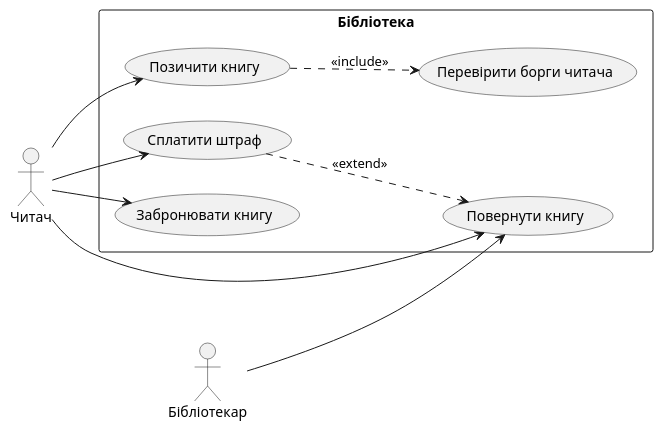
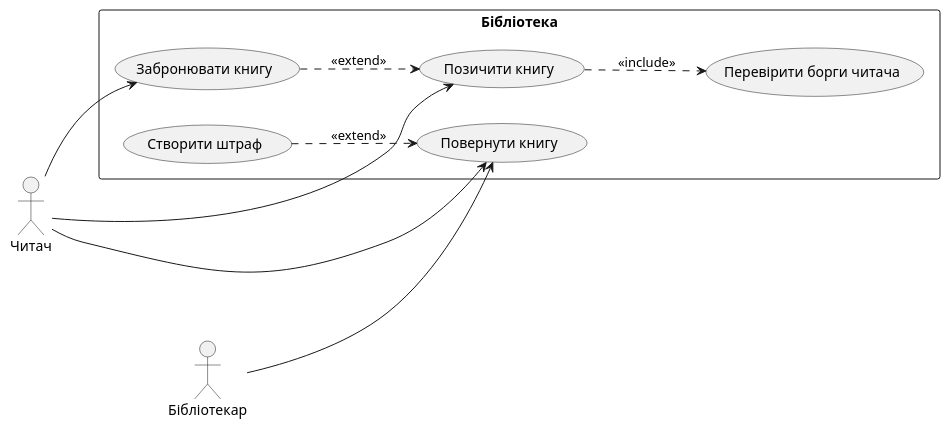
One commit to veronikapaschenkor29-png/Library-Modeling-and-Analysis-of-Software-Requirements changed the diagram in task-2/usecase.puml. Above: the diagram before and after it, drawn with PlantUML. The commit also changed 4 other files, not shown here.

```diff
--- a/task-2/usecase.puml
+++ b/task-2/usecase.puml
@@ -1,24 +1,24 @@
 @startuml use-case
 left to right direction
 skinparam packageStyle rectangle
 
 actor "Читач" as Reader
 actor "Бібліотекар" as Librarian
 
 rectangle "Бібліотека" {
   usecase "Позичити книгу" as Borrow
   usecase "Перевірити борги читача" as CheckDebts
   usecase "Повернути книгу" as Return
-  usecase "Сплатити штраф" as PayFine
+  usecase "Створити штраф" as CreateFine
   usecase "Забронювати книгу" as Reserve
 }
 
 Reader --> Borrow
 Reader --> Return
 Reader --> Reserve
-Reader --> PayFine
 Librarian --> Return
 
 Borrow ..> CheckDebts : <<include>>
-PayFine ..> Return : <<extend>>
+Reserve ..> Borrow : <<extend>>
+CreateFine ..> Return : <<extend>>
 @enduml
```
